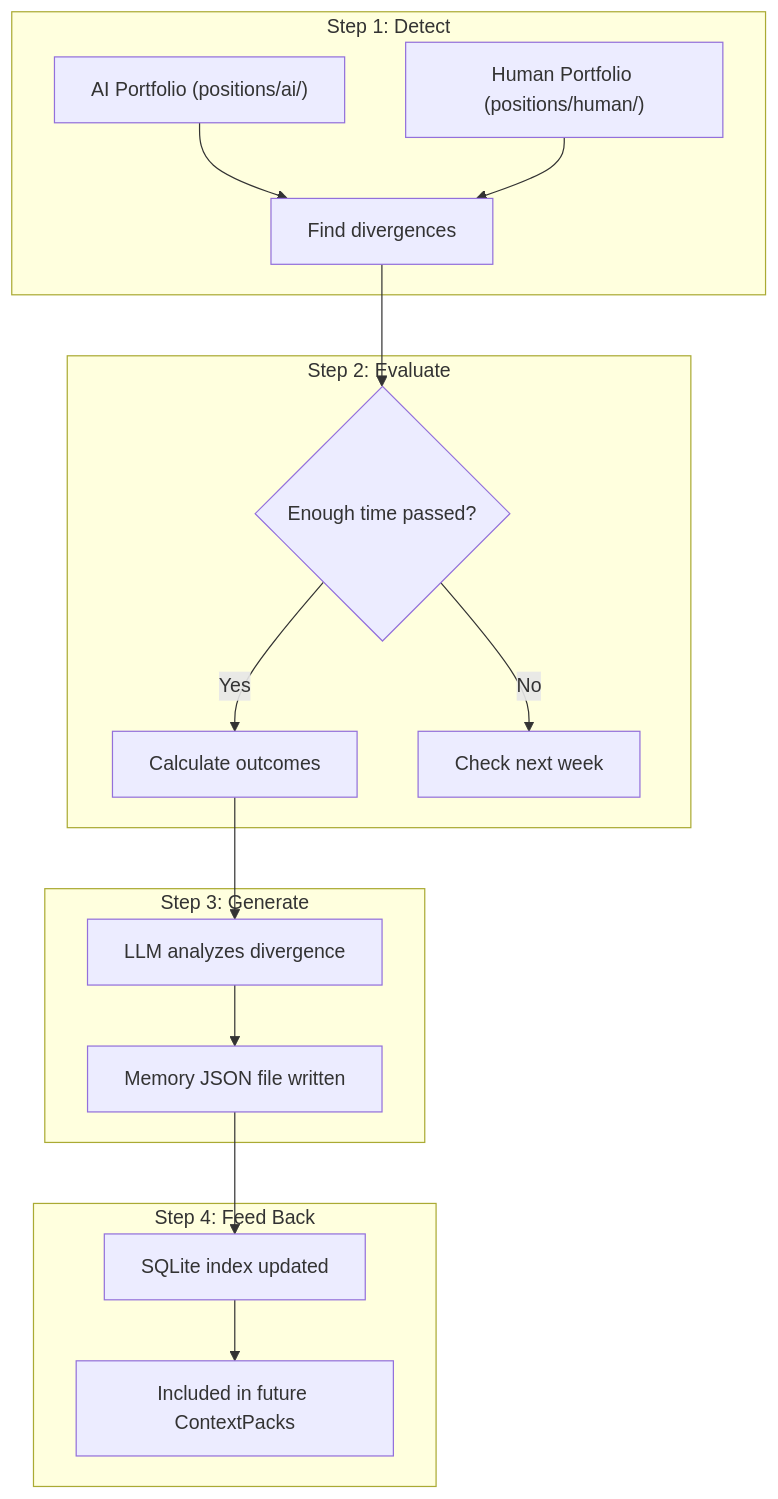
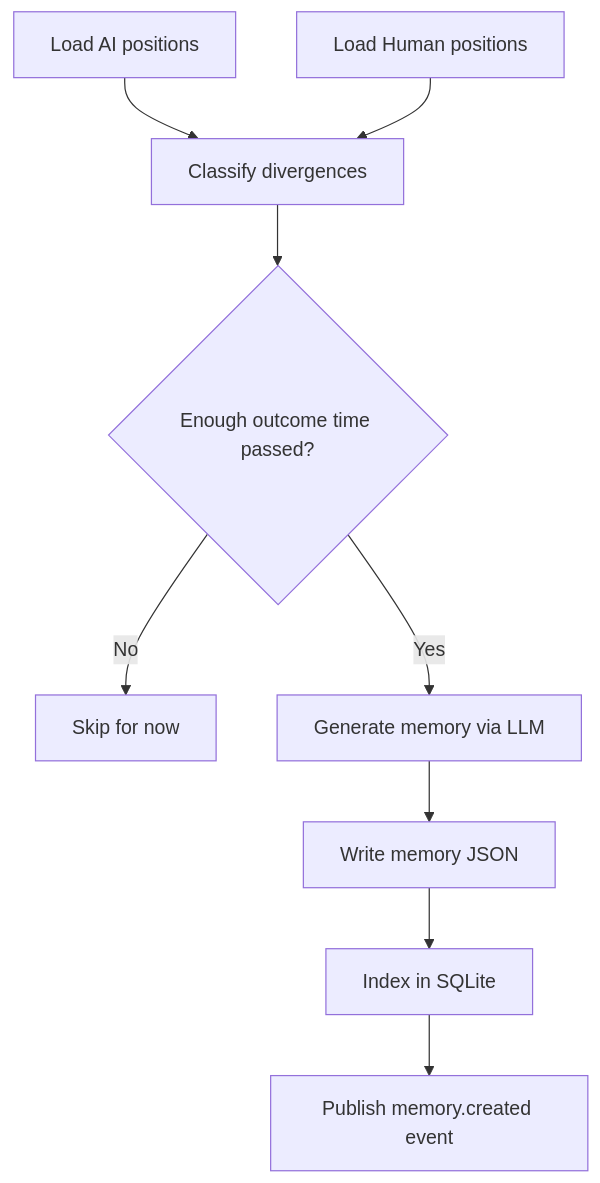
Before and after one commit to tedboudros/ClawQuant: the diagram in docs/LEARNING_LOOP.md, drawn with Mermaid. The commit also changed other lines of this file and 8 other files, not shown here.

````diff
--- a/docs/LEARNING_LOOP.md
+++ b/docs/LEARNING_LOOP.md
@@ -53,26 +71,11 @@
 ```mermaid
 graph TB
-    subgraph detect [Step 1: Detect]
-        AP["AI Portfolio (positions/ai/)"]
-        HP["Human Portfolio (positions/human/)"]
-        DIFF[Find divergences]
-        AP --> DIFF
-        HP --> DIFF
-    end
-
-    subgraph evaluate [Step 2: Evaluate]
-        DIFF --> WAIT{Enough time passed?}
-        WAIT -->|Yes| CALC[Calculate outcomes]
-        WAIT -->|No| SKIP[Check next week]
-    end
-
-    subgraph generate [Step 3: Generate]
-        CALC --> LLM[LLM analyzes divergence]
-        LLM --> MEM["Memory JSON file written"]
-    end
-
-    subgraph feedback [Step 4: Feed Back]
-        MEM --> IDX["SQLite index updated"]
-        IDX --> CTX[Included in future ContextPacks]
-    end
+    A[Load AI positions] --> C[Classify divergences]
+    B[Load Human positions] --> C
+    C --> D{Enough outcome time passed?}
+    D -->|No| E[Skip for now]
+    D -->|Yes| F[Generate memory via LLM]
+    F --> G[Write memory JSON]
+    G --> H[Index in SQLite]
+    H --> I[Publish memory.created event]
 ```
````
